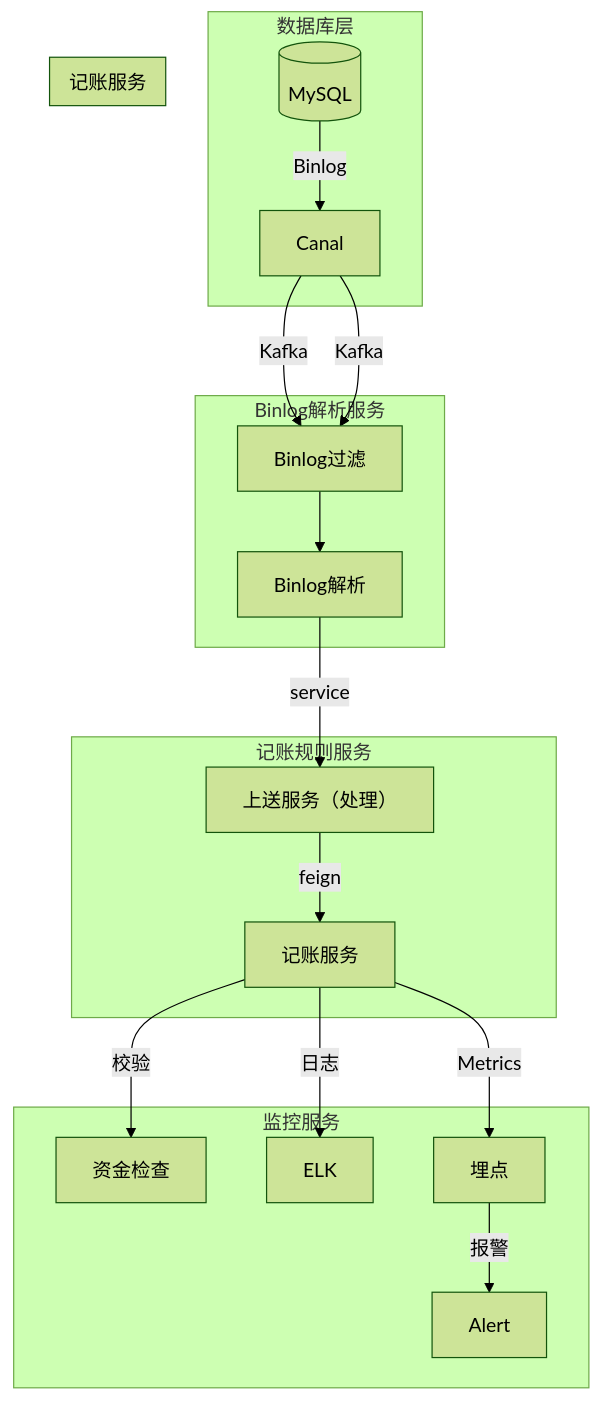
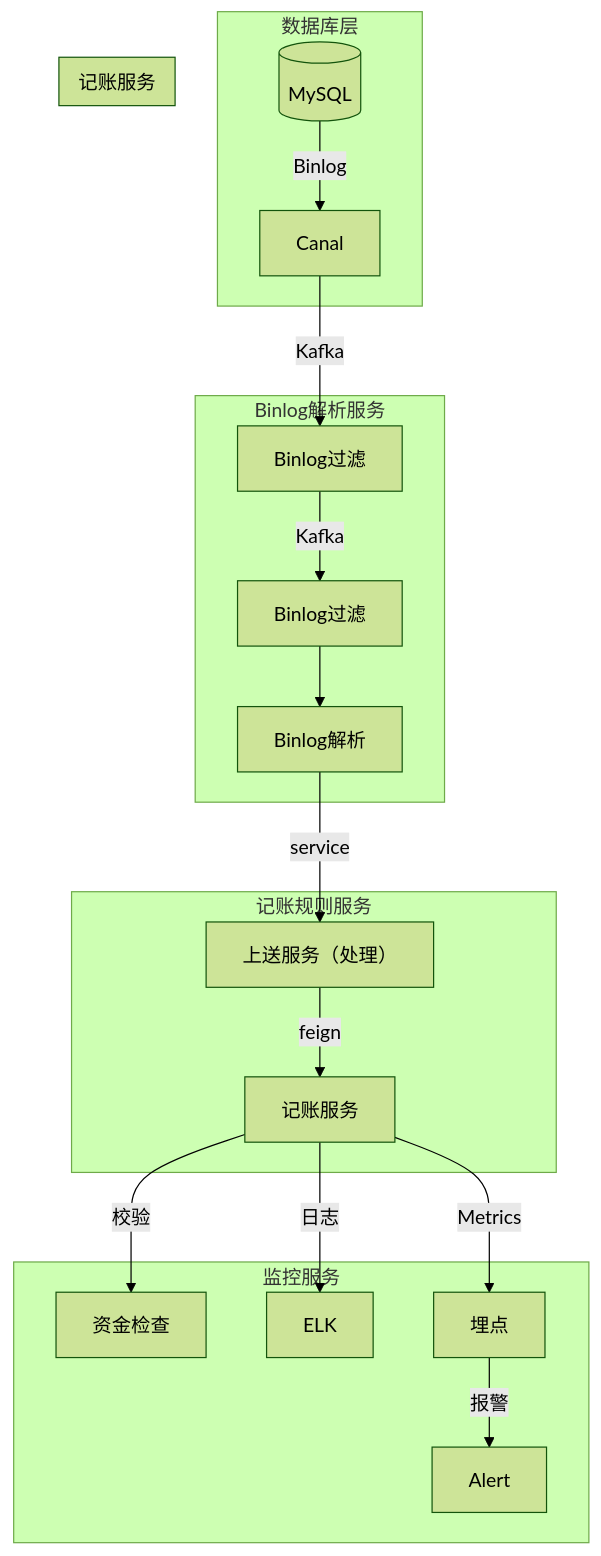
Before and after one commit to 87828943/iodraw-files: the diagram in all/记账架构图.md, drawn with Mermaid (forest theme).

Commit message:
2025-07-07 14:43:41 update

````diff
--- a/all/记账架构图.md
+++ b/all/记账架构图.md
@@ -1,24 +1,24 @@
 ```mermaid
 graph TB
     subgraph 数据库层
         DB[(MySQL)] -->|Binlog| Canal
     end
     subgraph Binlog解析服务
-        Canal -->|Kafka| Parser1[Binlog过滤]
-        Canal -->|Kafka| Parser1[Binlog过滤]
+        Canal -->|Kafka| Parser[Binlog过滤]
+        Parser -->|Kafka| Parser1[Binlog过滤]
         Parser1 --> Parser2[Binlog解析]
     end
     subgraph 记账规则服务
         Parser2 -->|service| Engine[上送服务（处理）]
         Engine -->|feign| Accounting[记账服务]
     end
     subgraph 记账服务
        
     end
     subgraph 监控服务
         Accounting --> |校验| 资金检查
         Accounting -->|日志| ELK
         Accounting -->|Metrics| 埋点
         埋点 -->|报警| Alert
     end
 ```
````
